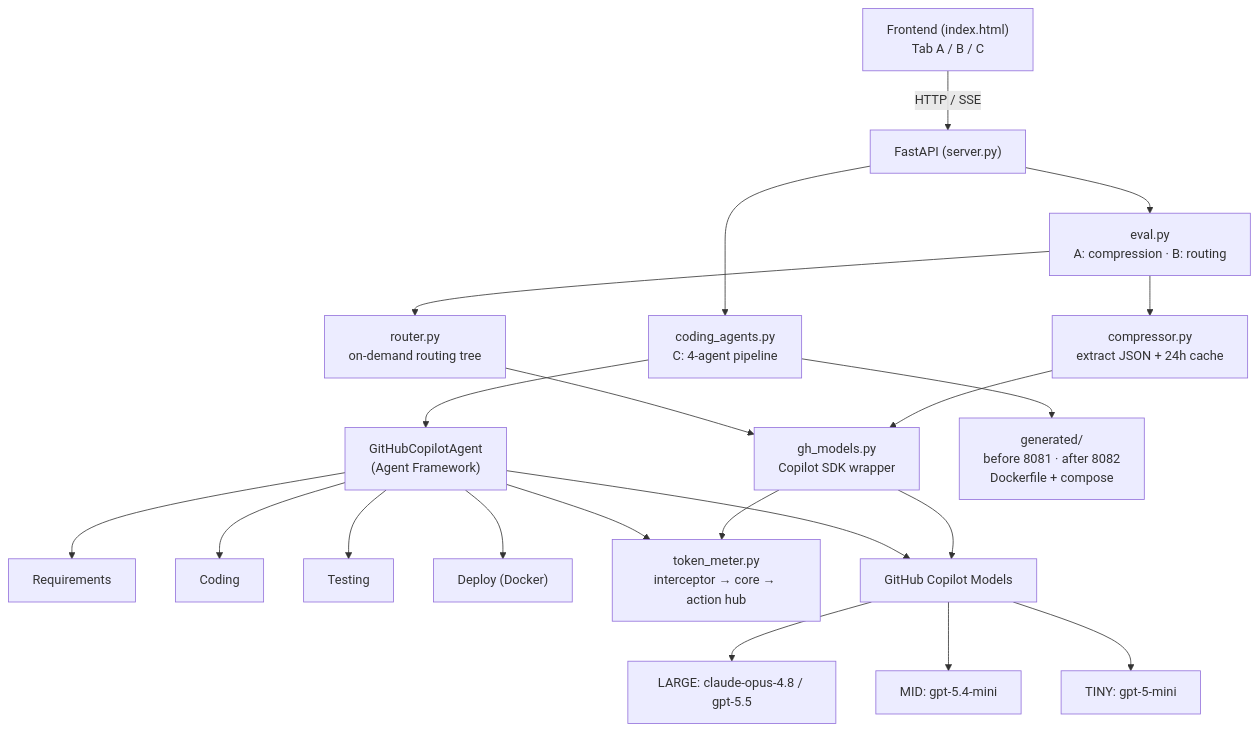
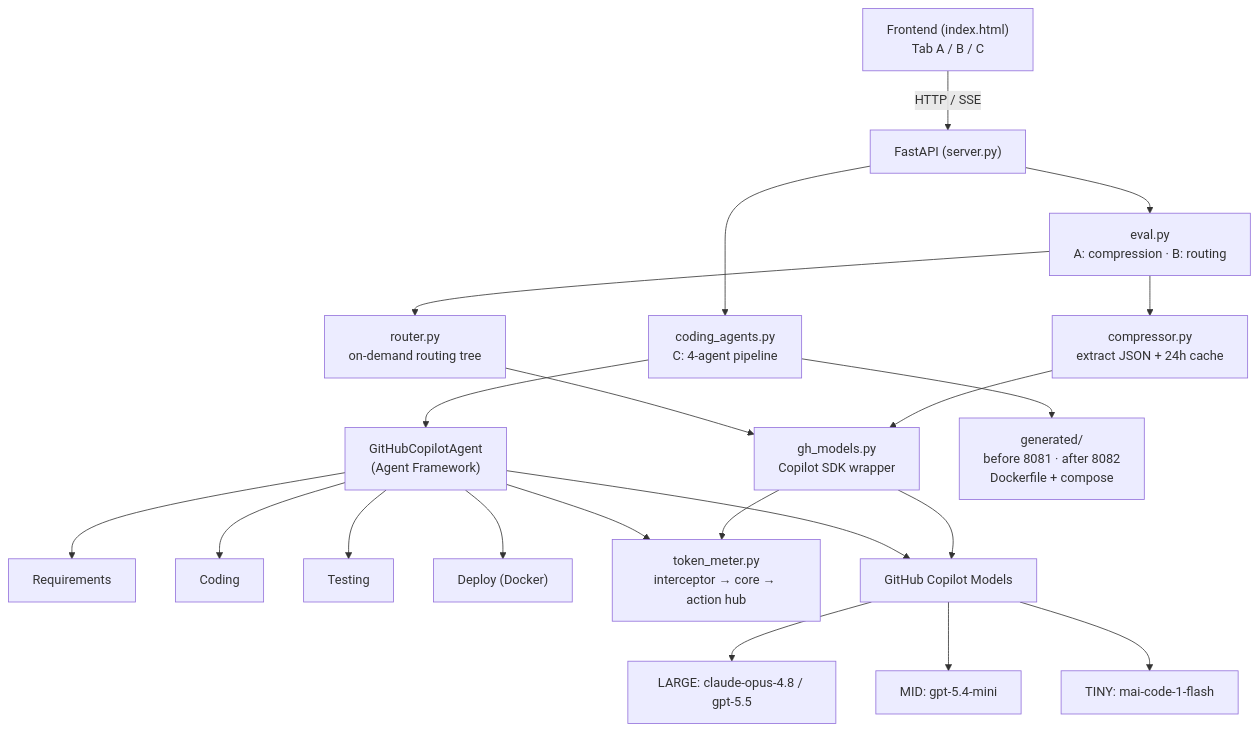
The diagram in README.md (kinfey/EvalAgentic), drawn with Mermaid before and after one commit. The commit also changed other lines of this file and 15 other files, not shown here.

````diff
--- a/README.md
+++ b/README.md
@@ -31,29 +31,29 @@
 ```mermaid
 flowchart TD
     UI["Frontend (index.html)<br/>Tab A / B / C"] -->|HTTP / SSE| API["FastAPI (server.py)"]
 
     API --> EVAL["eval.py<br/>A: compression · B: routing"]
     API --> CODE["coding_agents.py<br/>C: 4-agent pipeline"]
 
     EVAL --> COMP["compressor.py<br/>extract JSON + 24h cache"]
     EVAL --> ROUTE["router.py<br/>on-demand routing tree"]
 
     COMP --> GHM["gh_models.py<br/>Copilot SDK wrapper"]
     ROUTE --> GHM
 
     CODE --> AF["GitHubCopilotAgent<br/>(Agent Framework)"]
     AF --> A1["Requirements"]
     AF --> A2["Coding"]
     AF --> A3["Testing"]
     AF --> A4["Deploy (Docker)"]
     CODE --> GEN["generated/<br/>before 8081 · after 8082<br/>Dockerfile + compose"]
 
     GHM --> TM["token_meter.py<br/>interceptor → core → action hub"]
     AF --> TM
 
     GHM --> MODELS["GitHub Copilot Models"]
     AF --> MODELS
     MODELS --> M1["LARGE: claude-opus-4.8 / gpt-5.5"]
     MODELS --> M2["MID: gpt-5.4-mini"]
-    MODELS --> M3["TINY: gpt-5-mini"]
+    MODELS --> M3["TINY: mai-code-1-flash"]
 ```
````
